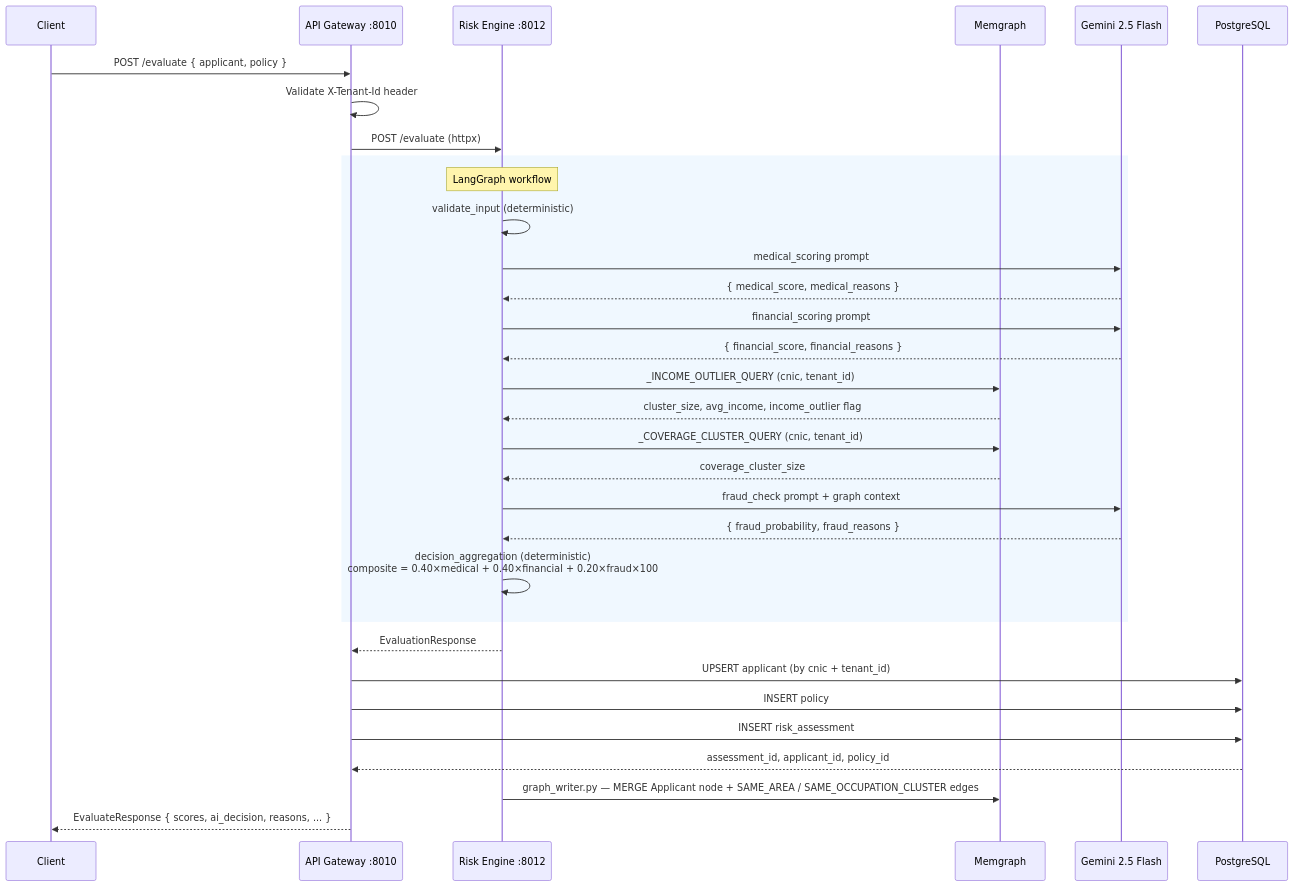
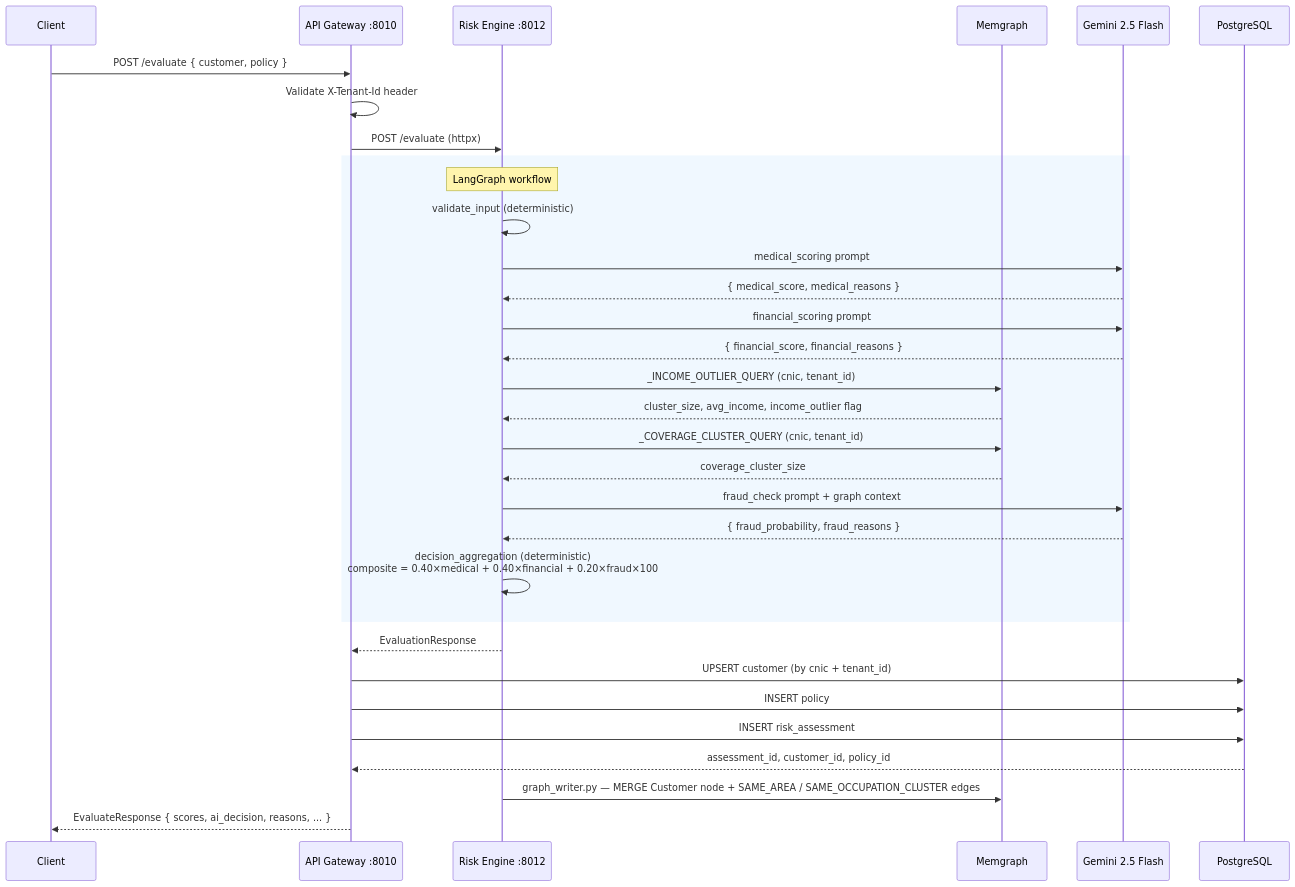
The first of 3 diagrams in docs/docs/data-flow.md (Nouman64-cat/insurance-ai), drawn with Mermaid before and after one commit. The commit also changed other lines of this file and 63 other files, not shown here.

Commit message:
refactor: rename applicant entities to customer throughout the codebase and documentation

````diff
--- a/docs/docs/data-flow.md
+++ b/docs/docs/data-flow.md
@@ -13,40 +13,40 @@
 ```mermaid
 sequenceDiagram
     participant C as Client
     participant GW as API Gateway :8010
     participant RE as Risk Engine :8012
     participant MG as Memgraph
     participant LLM as Gemini 2.5 Flash
     participant PG as PostgreSQL
 
-    C->>GW: POST /evaluate { applicant, policy }
+    C->>GW: POST /evaluate { customer, policy }
     GW->>GW: Validate X-Tenant-Id header
 
     GW->>RE: POST /evaluate (httpx)
 
     rect rgb(240, 248, 255)
         note over RE: LangGraph workflow
         RE->>RE: validate_input (deterministic)
         RE->>LLM: medical_scoring prompt
         LLM-->>RE: { medical_score, medical_reasons }
         RE->>LLM: financial_scoring prompt
         LLM-->>RE: { financial_score, financial_reasons }
         RE->>MG: _INCOME_OUTLIER_QUERY (cnic, tenant_id)
         MG-->>RE: cluster_size, avg_income, income_outlier flag
         RE->>MG: _COVERAGE_CLUSTER_QUERY (cnic, tenant_id)
         MG-->>RE: coverage_cluster_size
         RE->>LLM: fraud_check prompt + graph context
         LLM-->>RE: { fraud_probability, fraud_reasons }
         RE->>RE: decision_aggregation (deterministic)<br/>composite = 0.40×medical + 0.40×financial + 0.20×fraud×100
     end
 
     RE-->>GW: EvaluationResponse
 
-    GW->>PG: UPSERT applicant (by cnic + tenant_id)
+    GW->>PG: UPSERT customer (by cnic + tenant_id)
     GW->>PG: INSERT policy
     GW->>PG: INSERT risk_assessment
-    PG-->>GW: assessment_id, applicant_id, policy_id
-    RE->>MG: graph_writer.py — MERGE Applicant node + SAME_AREA / SAME_OCCUPATION_CLUSTER edges
+    PG-->>GW: assessment_id, customer_id, policy_id
+    RE->>MG: graph_writer.py — MERGE Customer node + SAME_AREA / SAME_OCCUPATION_CLUSTER edges
 
     GW-->>C: EvaluateResponse { scores, ai_decision, reasons, ... }
 ```
````
